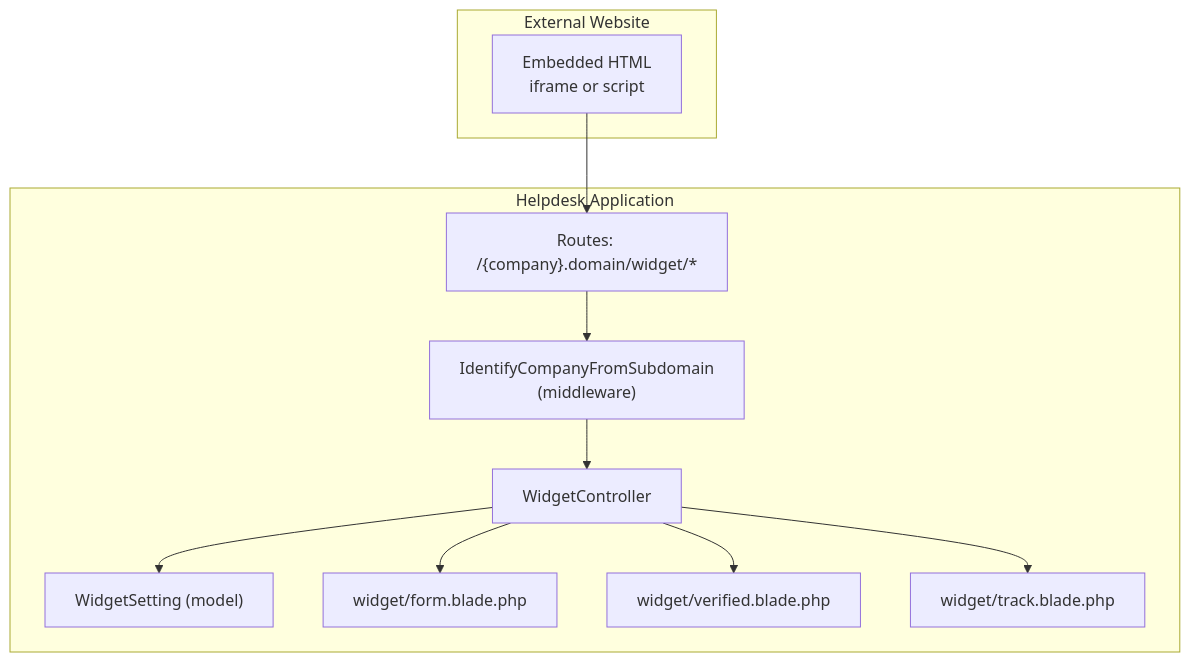
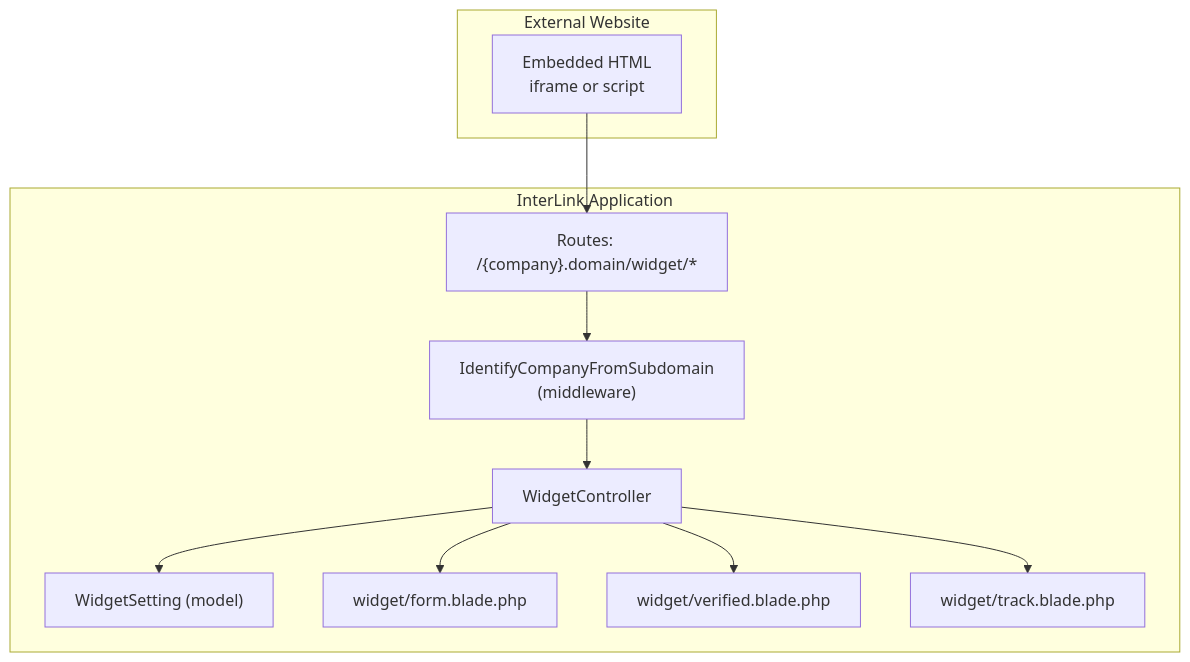
One commit to younesgamer68/Internship-management-Platforme changed the first of 9 diagrams in .qoder/repowiki/en/content/Widget System/Widget Form Integration.md. Above: the diagram before and after it, drawn with Mermaid. The commit also changed other lines of this file and 175 other files, not shown here.

````diff
--- a/.qoder/repowiki/en/content/Widget System/Widget Form Integration.md
+++ b/.qoder/repowiki/en/content/Widget System/Widget Form Integration.md
@@ -41,22 +41,22 @@
 ```mermaid
 graph TB
 subgraph "External Website"
 HTML["Embedded HTML<br/>iframe or script"]
 end
-subgraph "Helpdesk Application"
+subgraph "InterLink Application"
 MW["IdentifyCompanyFromSubdomain<br/>(middleware)"]
 RT["Routes: /{company}.domain/widget/*"]
 CTRL["WidgetController"]
 MODEL["WidgetSetting (model)"]
 V_FORM["widget/form.blade.php"]
 V_VERIFY["widget/verified.blade.php"]
 V_TRACK["widget/track.blade.php"]
 end
 HTML --> RT
 RT --> MW
 MW --> CTRL
 CTRL --> MODEL
 CTRL --> V_FORM
 CTRL --> V_VERIFY
 CTRL --> V_TRACK
 ```
````
